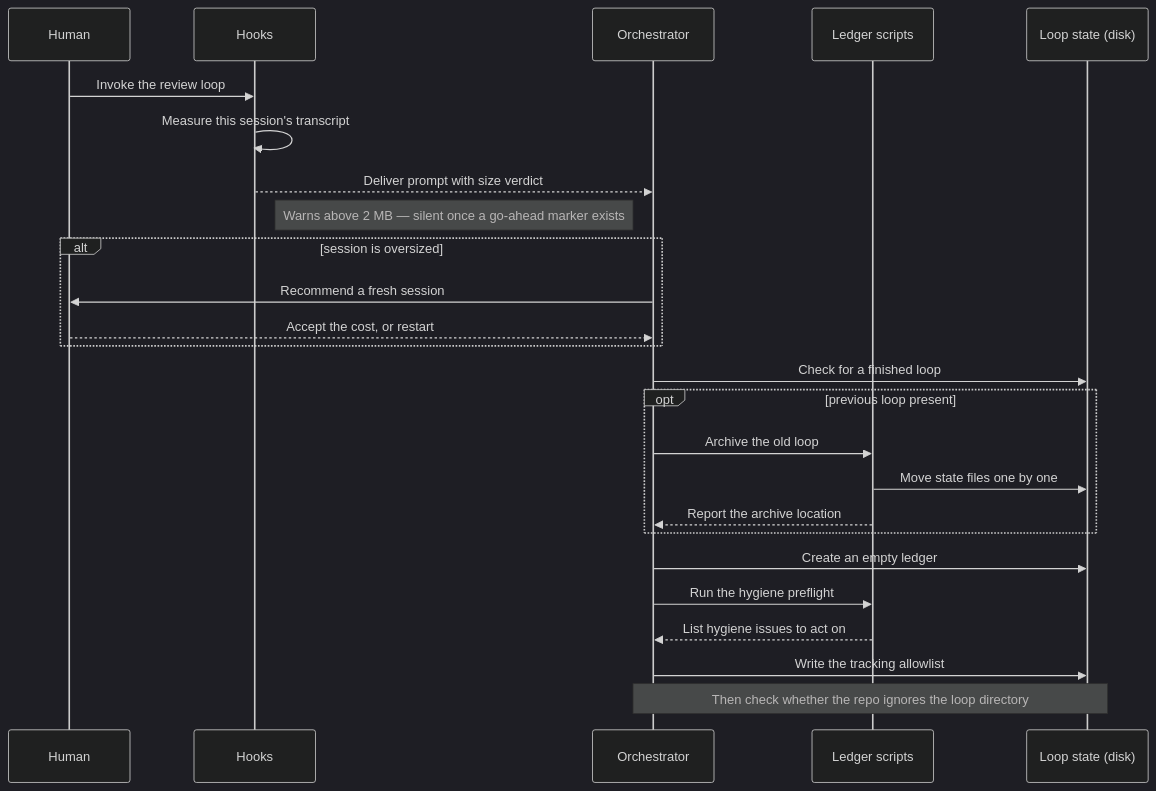
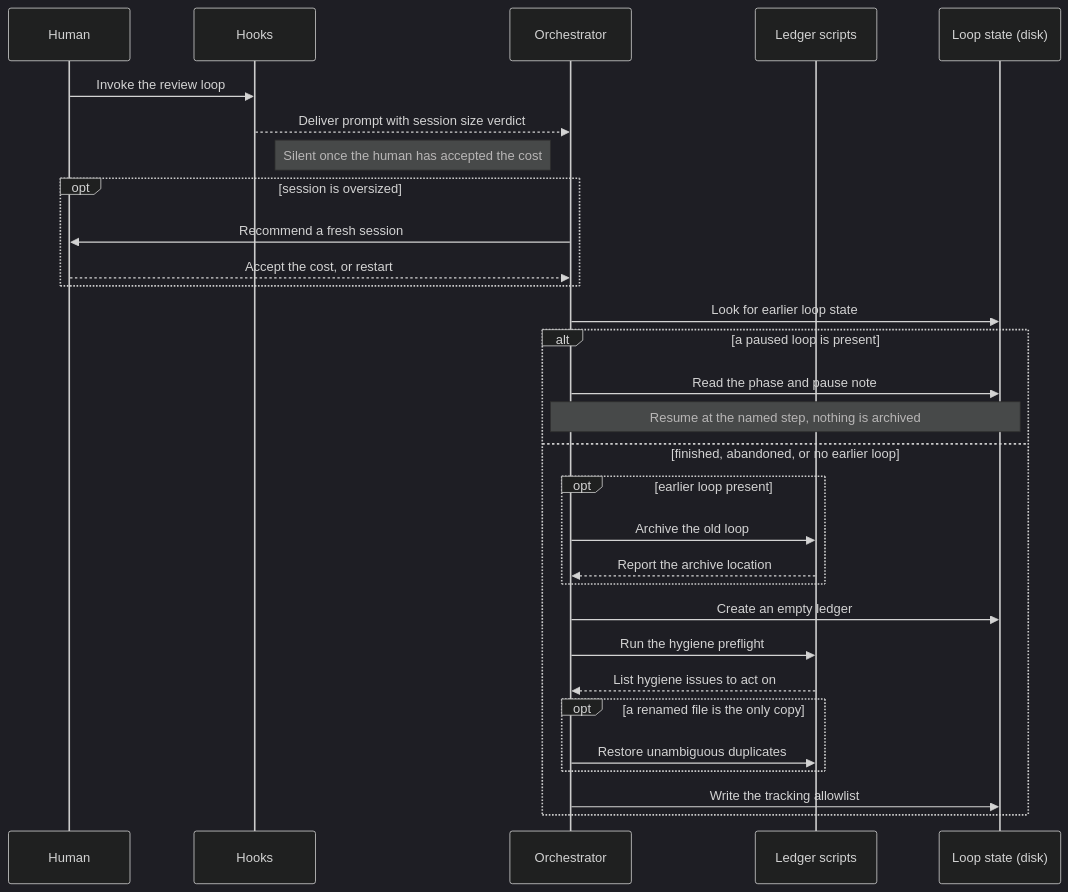
Before and after one commit to peterlit/quiller-claude-plugins: the ninth of 30 diagrams in docs/architecture/review-loop-tools.md, drawn with Mermaid (dark theme). The commit also changed other lines of this file and 5 other files, not shown here.

````diff
--- a/docs/architecture/review-loop-tools.md
+++ b/docs/architecture/review-loop-tools.md
@@ -685,28 +1242,33 @@
 ```mermaid
 sequenceDiagram
     participant H as Human
     participant K as Hooks
     participant O as Orchestrator
     participant L as Ledger scripts
     participant S as Loop state (disk)
 
     H->>K: Invoke the review loop
-    K->>K: Measure this session's transcript
-    K-->>O: Deliver prompt with size verdict
-    Note right of K: Warns above 2 MB — silent once a go-ahead marker exists
-    alt session is oversized
+    K-->>O: Deliver prompt with session size verdict
+    Note right of K: Silent once the human has accepted the cost
+    opt session is oversized
         O->>H: Recommend a fresh session
         H-->>O: Accept the cost, or restart
     end
-    O->>S: Check for a finished loop
-    opt previous loop present
-        O->>L: Archive the old loop
-        L->>S: Move state files one by one
-        L-->>O: Report the archive location
+    O->>S: Look for earlier loop state
+    alt a paused loop is present
+        O->>S: Read the phase and pause note
+        Note over O,S: Resume at the named step, nothing is archived
+    else finished, abandoned, or no earlier loop
+        opt earlier loop present
+            O->>L: Archive the old loop
+            L-->>O: Report the archive location
+        end
+        O->>S: Create an empty ledger
+        O->>L: Run the hygiene preflight
+        L-->>O: List hygiene issues to act on
+        opt a renamed file is the only copy
+            O->>L: Restore unambiguous duplicates
+        end
+        O->>S: Write the tracking allowlist
     end
-    O->>S: Create an empty ledger
-    O->>L: Run the hygiene preflight
-    L-->>O: List hygiene issues to act on
-    O->>S: Write the tracking allowlist
-    Note over O,S: Then check whether the repo ignores the loop directory
 ```
````
